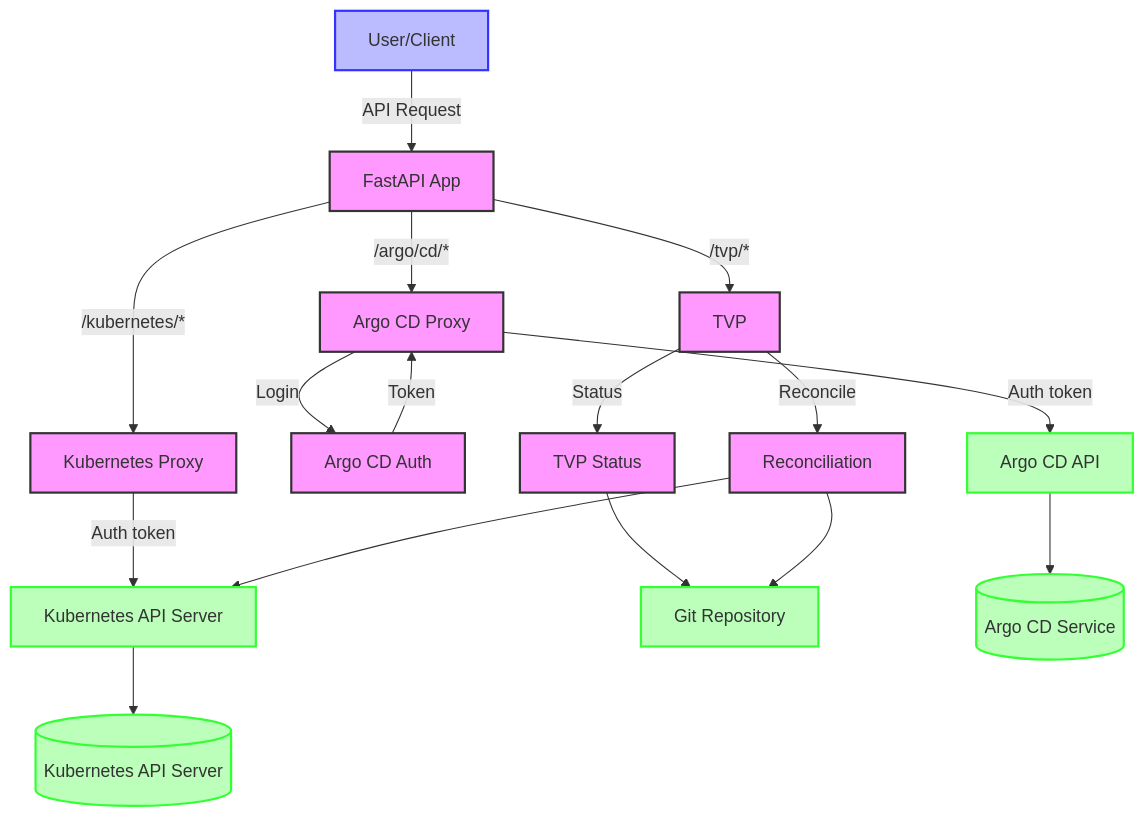
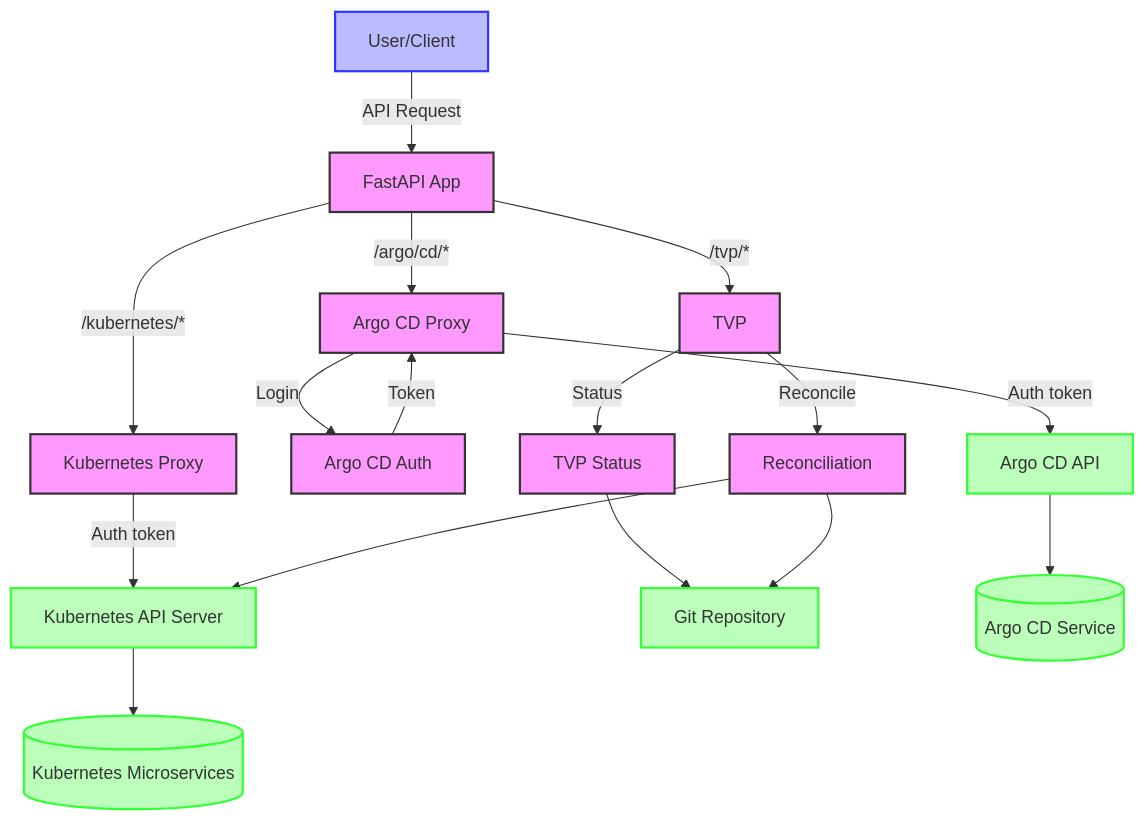
Before and after one commit to lloydchang/tvp-k8s: the diagram in fastapi/mermaid/data-flow-diagram.mermaid, drawn with Mermaid.

```diff
--- a/fastapi/mermaid/data-flow-diagram.mermaid
+++ b/fastapi/mermaid/data-flow-diagram.mermaid
@@ -1,29 +1,29 @@
 flowchart TD
     User[User/Client] -->|API Request| API[FastAPI App]
     
     API -->|/kubernetes/*| KP[Kubernetes Proxy]
     API -->|/argo/cd/*| AP[Argo CD Proxy]
     API -->|/tvp/*| TVP[TVP]
     
     KP -->|Auth token| KA[Kubernetes API Server]
     AP -->|Login| Auth[Argo CD Auth]
     Auth -->|Token| AP
     AP -->|Auth token| AA[Argo CD API]
     
     TVP -->|Status| TS[TVP Status]
     TVP -->|Reconcile| R[Reconciliation]
     
     TS --> Git[Git Repository]
     R --> Git
     R --> KA
     
-    KA --> Kubernetes[(Kubernetes API Server)]
+    KA --> Kubernetes[(Kubernetes Microservices)]
     AA --> ArgoCD[(Argo CD Service)]
     
     classDef user fill:#bbf,stroke:#33f,stroke-width:2px
     classDef app fill:#f9f,stroke:#333,stroke-width:2px
     classDef external fill:#bfb,stroke:#3f3,stroke-width:2px
     
     class User user
     class API,KP,AP,TVP,TS,R,Auth app
     class Kubernetes,ArgoCD,Git,KA,AA external
```
